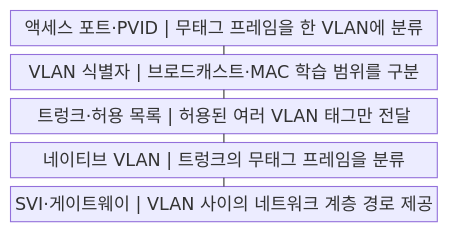
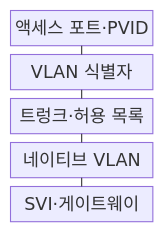
Before and after one commit to agnusdei1207/knowledge-base: the first of 2 diagrams in src/content/docs/notes/04-network/016_vlan_trunk_access_port.md, drawn with Mermaid. The commit also changed other lines of this file and 122 other files, not shown here.

````diff
--- a/src/content/docs/notes/04-network/016_vlan_trunk_access_port.md
+++ b/src/content/docs/notes/04-network/016_vlan_trunk_access_port.md
@@ -57,13 +57,13 @@
 ```mermaid
-block
+block-beta
     columns 1
-    A["액세스 포트·PVID | 무태그 프레임을 한 VLAN에 분류"]
-    B["VLAN 식별자 | 브로드캐스트·MAC 학습 범위를 구분"]
-    C["트렁크·허용 목록 | 허용된 여러 VLAN 태그만 전달"]
-    D["네이티브 VLAN | 트렁크의 무태그 프레임을 분류"]
-    E["SVI·게이트웨이 | VLAN 사이의 네트워크 계층 경로 제공"]
+    A["액세스 포트·PVID"]
+    B["VLAN 식별자"]
+    C["트렁크·허용 목록"]
+    D["네이티브 VLAN"]
+    E["SVI·게이트웨이"]
     A --- B
     B --- C
     C --- D
     D --- E
 ```
````
